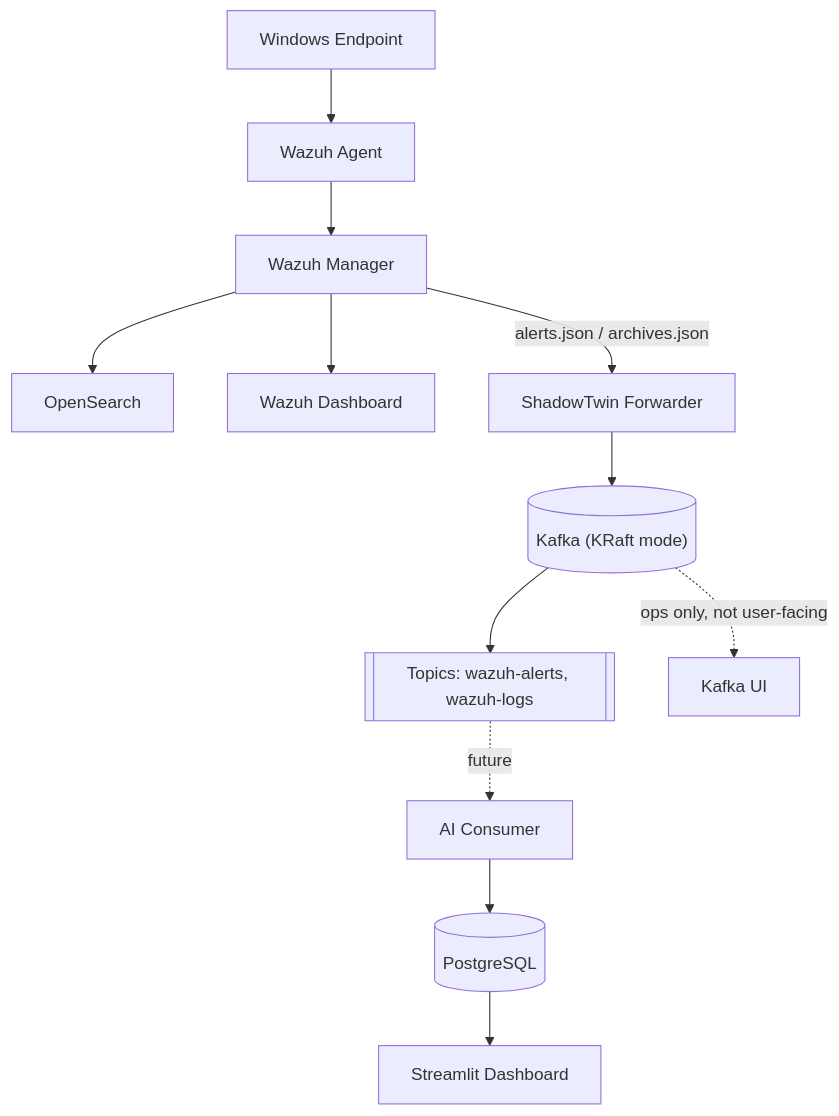
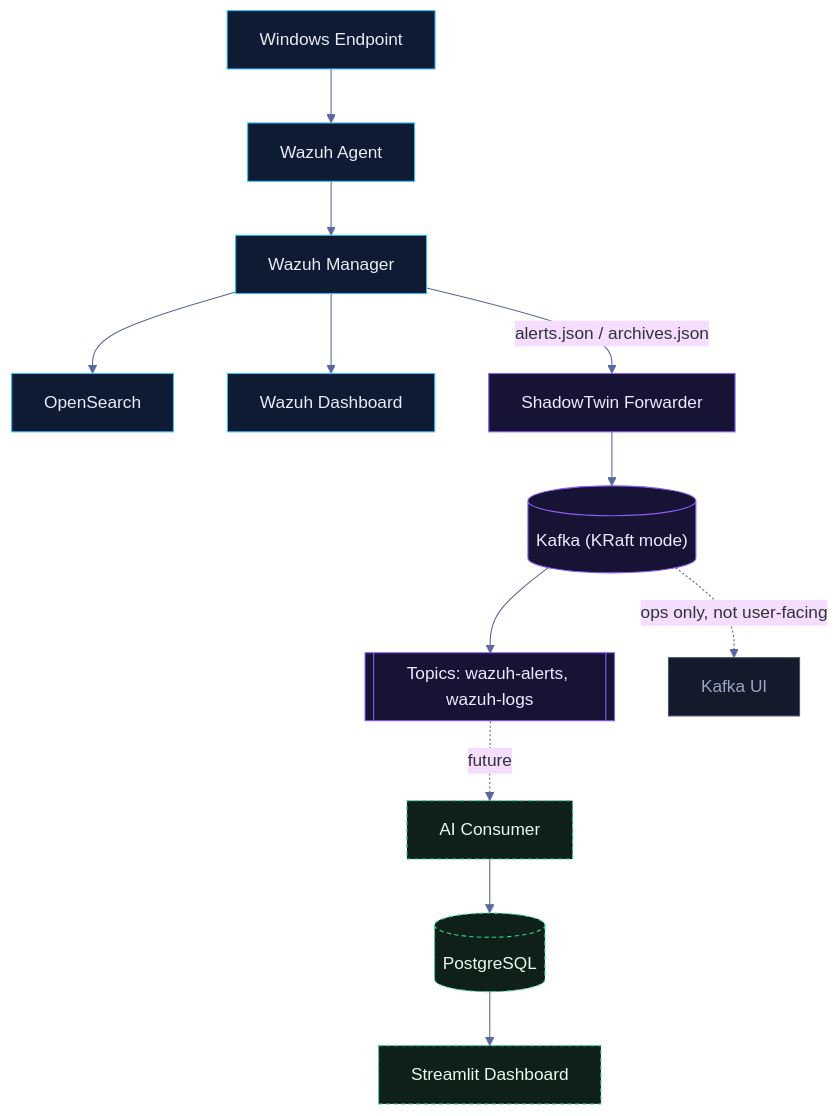
The diagram in docs/TOPOLOGY.md (Aakhri-Pastaa/ShadowTwin), drawn with Mermaid before and after one commit. The commit also changed 6 other files, not shown here.

Commit message:
docs: add animated SVG banner + workflow diagrams, color topology, emoji headers

````diff
--- a/docs/TOPOLOGY.md
+++ b/docs/TOPOLOGY.md
@@ -10,14 +10,24 @@
 ```mermaid
+%%{init: {'theme':'base','themeVariables':{'fontFamily':'Segoe UI, system-ui, sans-serif','lineColor':'#5b67a0','clusterBkg':'#0f1526','clusterBorder':'#2b3566'}}}%%
 flowchart TD
     EP["Windows Endpoint"] --> AG["Wazuh Agent"]
     AG --> MGR["Wazuh Manager"]
     MGR --> OS["OpenSearch"]
     MGR --> WD["Wazuh Dashboard"]
     MGR -->|"alerts.json / archives.json"| FWD["ShadowTwin Forwarder"]
     FWD --> BRK[("Kafka (KRaft mode)")]
     BRK --> TOP[["Topics: wazuh-alerts, wazuh-logs"]]
     TOP -.future.-> AI["AI Consumer"]
     AI --> DB[("PostgreSQL")]
     DB --> UI["Streamlit Dashboard"]
     BRK -.ops only, not user-facing.-> KUI["Kafka UI"]
+
+    classDef detect fill:#0f1a33,stroke:#38bdf8,color:#e6edf7;
+    classDef transport fill:#171334,stroke:#8b5cf6,color:#efe9ff;
+    classDef future fill:#0e2018,stroke:#34d399,color:#e7fbef,stroke-dasharray:4 3;
+    classDef ops fill:#14192b,stroke:#4a5570,color:#9aa4c4;
+    class EP,AG,MGR,OS,WD detect;
+    class FWD,BRK,TOP transport;
+    class AI,DB,UI future;
+    class KUI ops;
 ```
````
